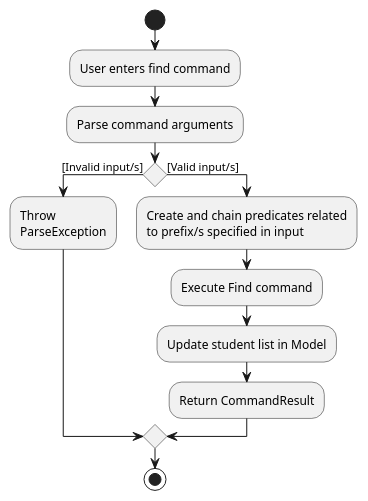
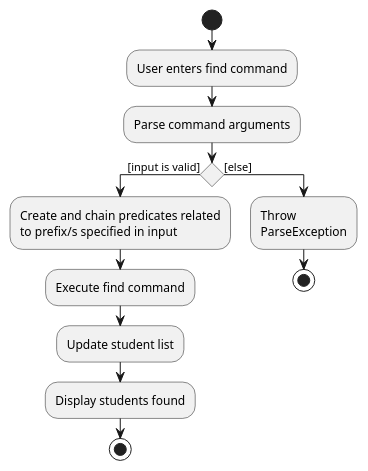
The diagram in docs/diagrams/FindCommandActivityDiagram.puml (tenebrius1/tp), drawn with PlantUML before and after one commit. The commit also changed 4 other files, not shown here.

```diff
--- a/docs/diagrams/FindCommandActivityDiagram.puml
+++ b/docs/diagrams/FindCommandActivityDiagram.puml
@@ -1,18 +1,16 @@
 @startuml
 start
 :User enters find command;
 :Parse command arguments;
 
-if () then ([Invalid input/s])
-    :Throw \nParseException;
-else ([Valid input/s])
+if () then ([input is valid])
     :Create and chain predicates related
     to prefix/s specified in input;
-    :Execute Find command;
-    :Update student list in Model;
-    :Return CommandResult;
-
-endif
-
-stop
+    :Execute find command;
+    :Update student list;
+    :Display students found;
+    stop
+else ([else])
+    :Throw \nParseException;
+    stop
 @enduml
```
